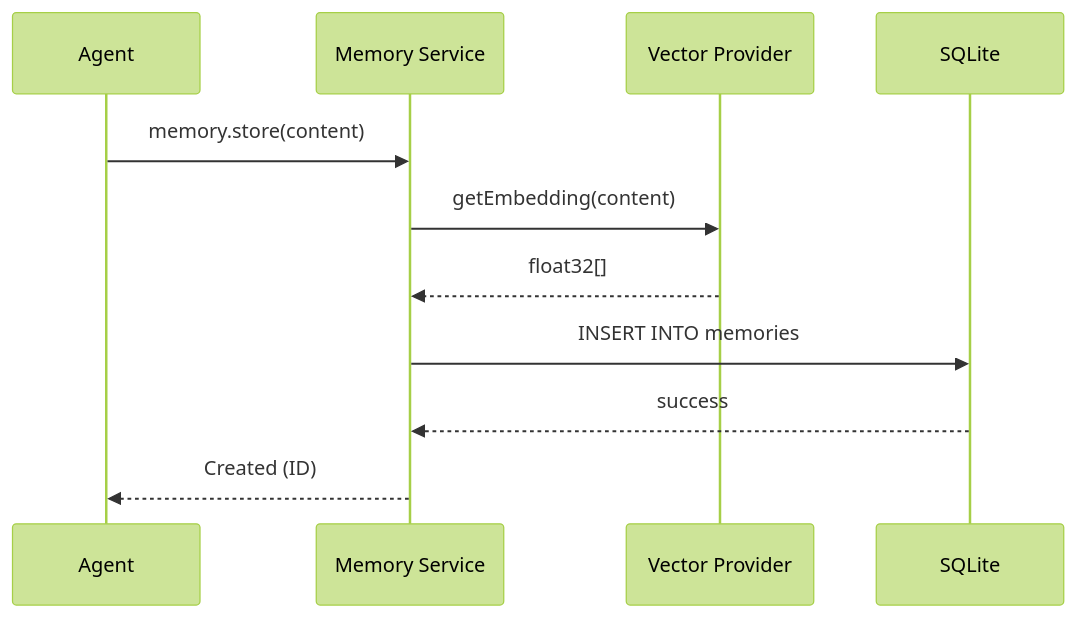
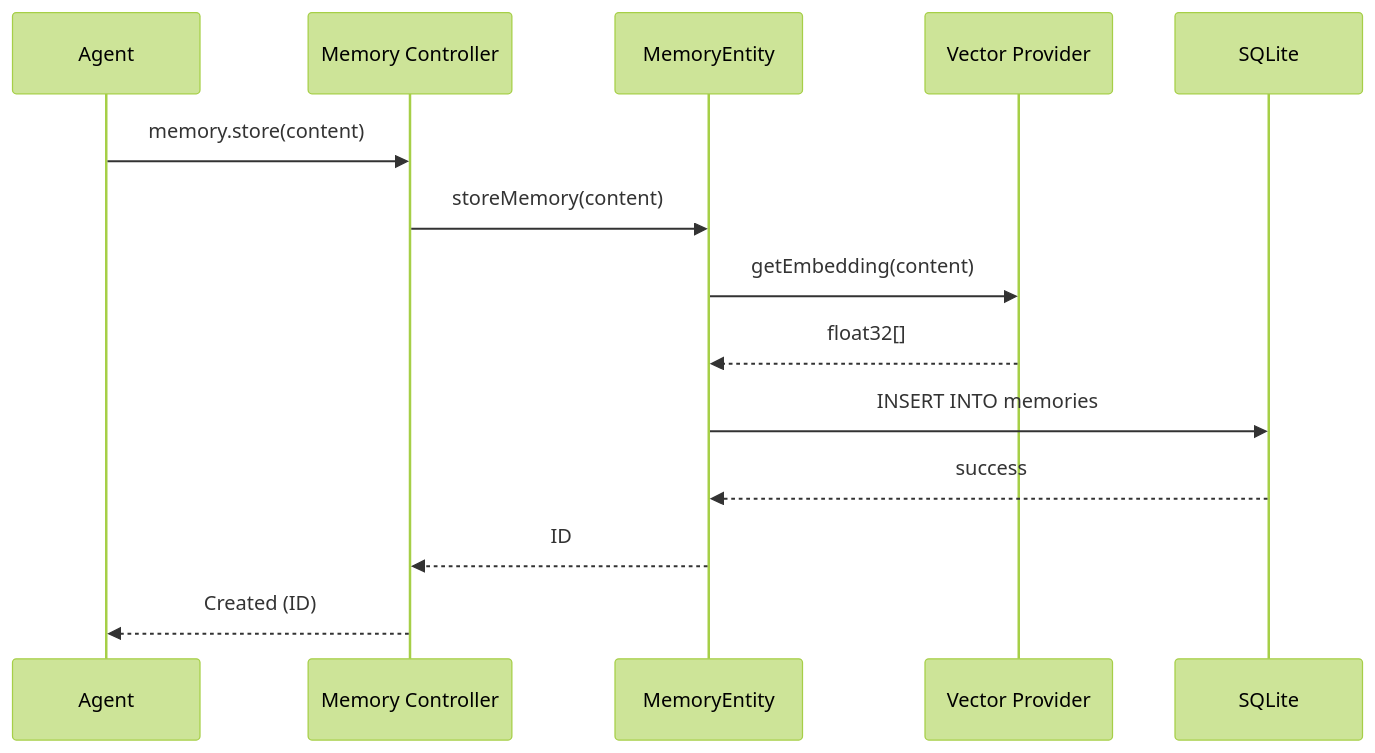
The diagram in .agents/documents/application/modules/mcp-server/memory.md (vheins/local-memory-mcp), drawn with Mermaid (forest theme) before and after one commit. The commit also changed other lines of this file and 5 other files, not shown here.

Commit message:
docs: update architecture and implementation documentation to reflect modular storage entity refactor

````diff
--- a/.agents/documents/application/modules/mcp-server/memory.md
+++ b/.agents/documents/application/modules/mcp-server/memory.md
@@ -69,14 +69,17 @@
 ```mermaid
 sequenceDiagram
     participant A as Agent
-    participant M as Memory Service
+    participant M as Memory Controller
+    participant E as MemoryEntity
     participant V as Vector Provider
     participant D as SQLite
     
     A->>M: memory.store(content)
-    M->>V: getEmbedding(content)
-    V-->>M: float32[]
-    M->>D: INSERT INTO memories
-    D-->>M: success
+    M->>E: storeMemory(content)
+    E->>V: getEmbedding(content)
+    V-->>E: float32[]
+    E->>D: INSERT INTO memories
+    D-->>E: success
+    E-->>M: ID
     M-->>A: Created (ID)
 ```
````
